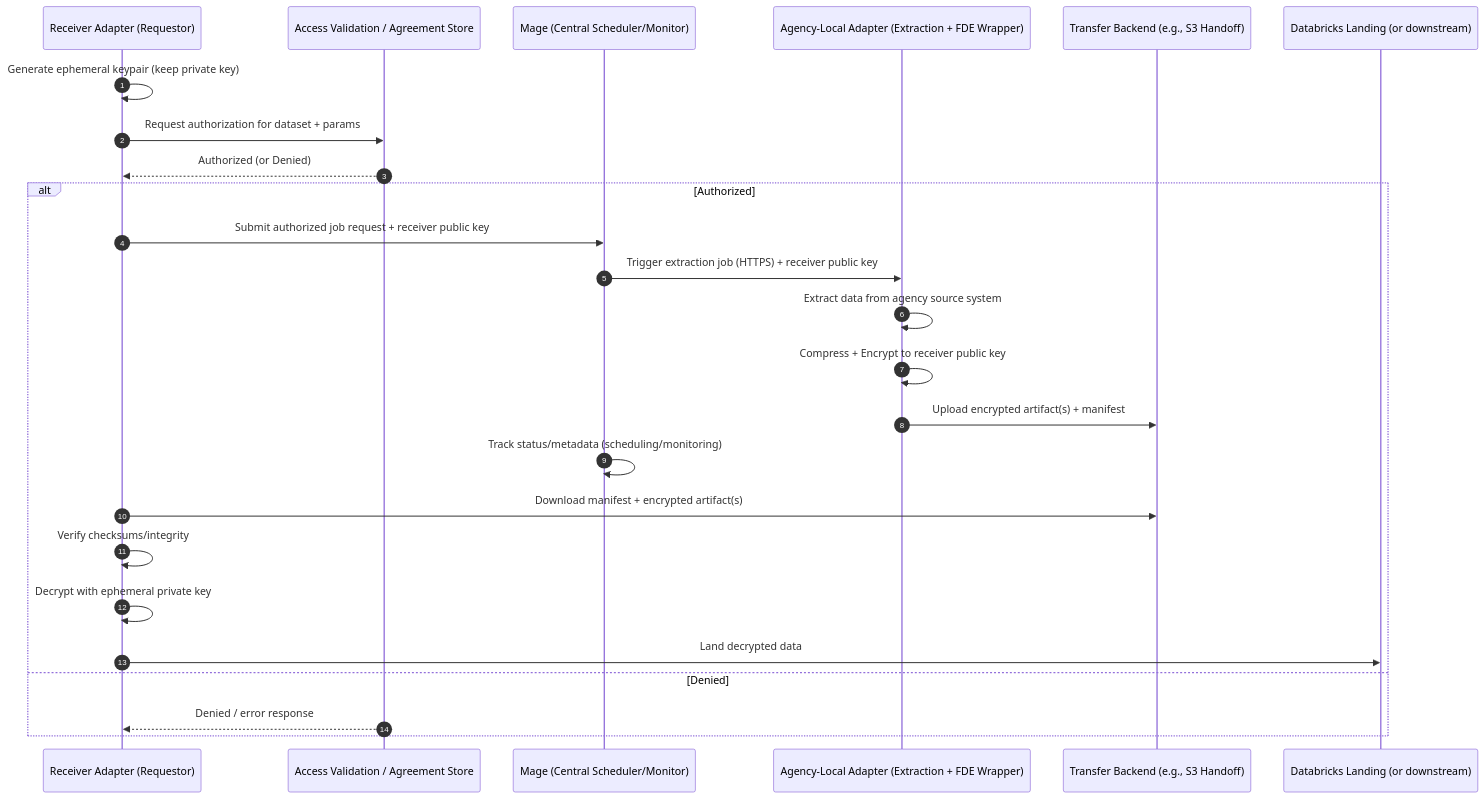
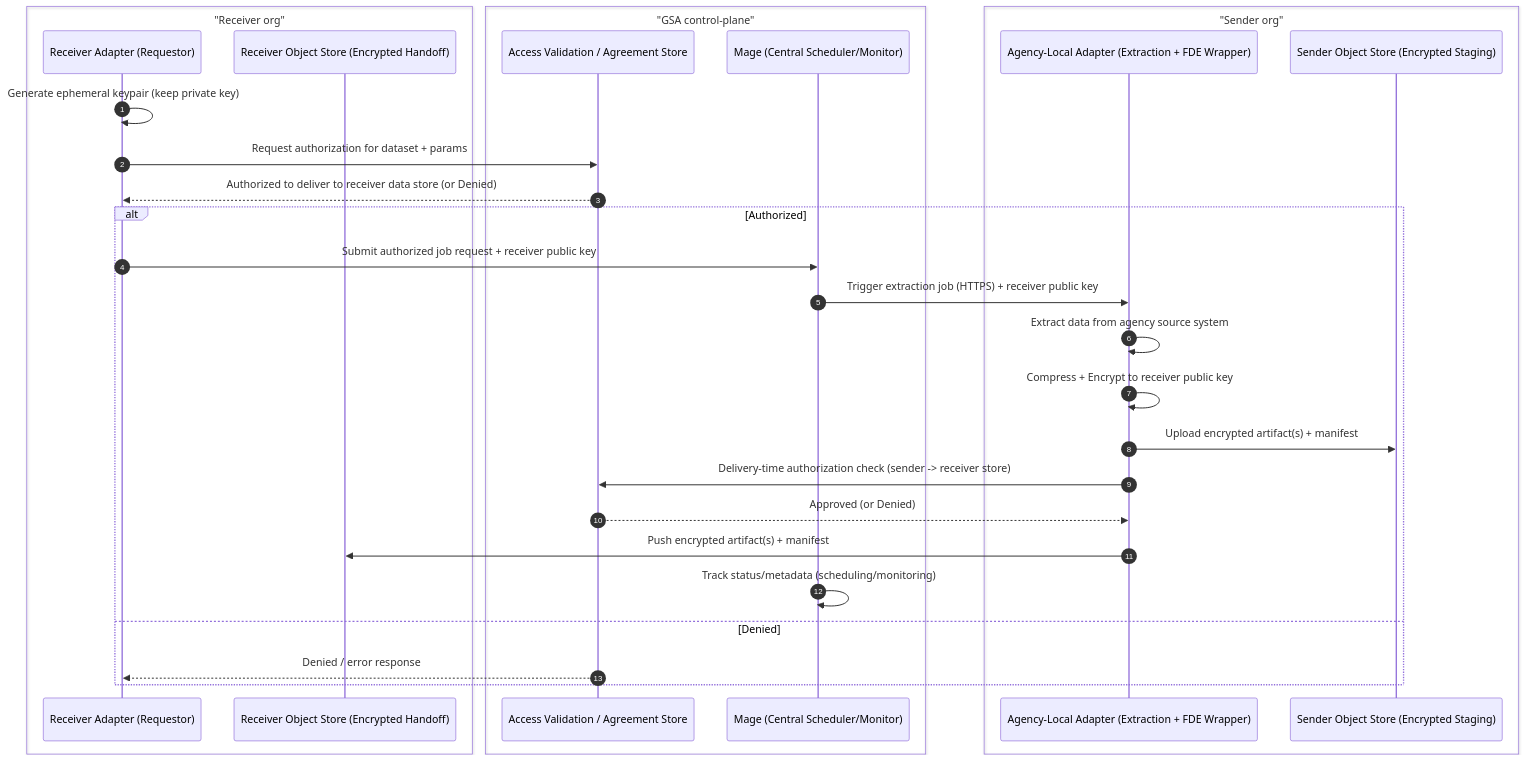
One commit to GSA-TTS/TTSE-Redwood changed the fifth of 8 diagrams in docs/adr/0001-fde-architecture-diagrams.md. Above: the diagram before and after it, drawn with Mermaid. The commit also changed other lines of this file and 1 other file, not shown here.

First line of the commit message:
adr: simplify zero-trust transfer diagrams and align v0.02 text

````diff
--- a/docs/adr/0001-fde-architecture-diagrams.md
+++ b/docs/adr/0001-fde-architecture-diagrams.md
@@ -127,29 +139,34 @@
 ```mermaid
 sequenceDiagram
   autonumber
-  participant R as Receiver Adapter (Requestor)
-  participant AV as Access Validation / Agreement Store
-  participant M as Mage (Central Scheduler/Monitor)
-  participant A as Agency-Local Adapter (Extraction + FDE Wrapper)
-  participant S3 as Transfer Backend (e.g., S3 Handoff)
-  participant D as Databricks Landing (or downstream)
+  box "Receiver org"
+    participant R as Receiver Adapter (Requestor)
+    participant ROS as Receiver Object Store (Encrypted Handoff)
+  end
+  box "GSA control-plane"
+    participant AV as Access Validation / Agreement Store
+    participant M as Mage (Central Scheduler/Monitor)
+  end
+  box "Sender org"
+    participant A as Agency-Local Adapter (Extraction + FDE Wrapper)
+    participant SOS as Sender Object Store (Encrypted Staging)
+  end
 
   R->>R: Generate ephemeral keypair (keep private key)
   R->>AV: Request authorization for dataset + params
-  AV-->>R: Authorized (or Denied)
+  AV-->>R: Authorized to deliver to receiver data store (or Denied)
 
   alt Authorized
     R->>M: Submit authorized job request + receiver public key
     M->>A: Trigger extraction job (HTTPS) + receiver public key
     A->>A: Extract data from agency source system
     A->>A: Compress + Encrypt to receiver public key
-    A->>S3: Upload encrypted artifact(s) + manifest
+    A->>SOS: Upload encrypted artifact(s) + manifest
+    A->>AV: Delivery-time authorization check (sender -> receiver store)
+    AV-->>A: Approved (or Denied)
+    A->>ROS: Push encrypted artifact(s) + manifest
     M->>M: Track status/metadata (scheduling/monitoring)
-    R->>S3: Download manifest + encrypted artifact(s)
-    R->>R: Verify checksums/integrity
-    R->>R: Decrypt with ephemeral private key
-    R->>D: Land decrypted data
   else Denied
     AV-->>R: Denied / error response
   end
 ```
````
